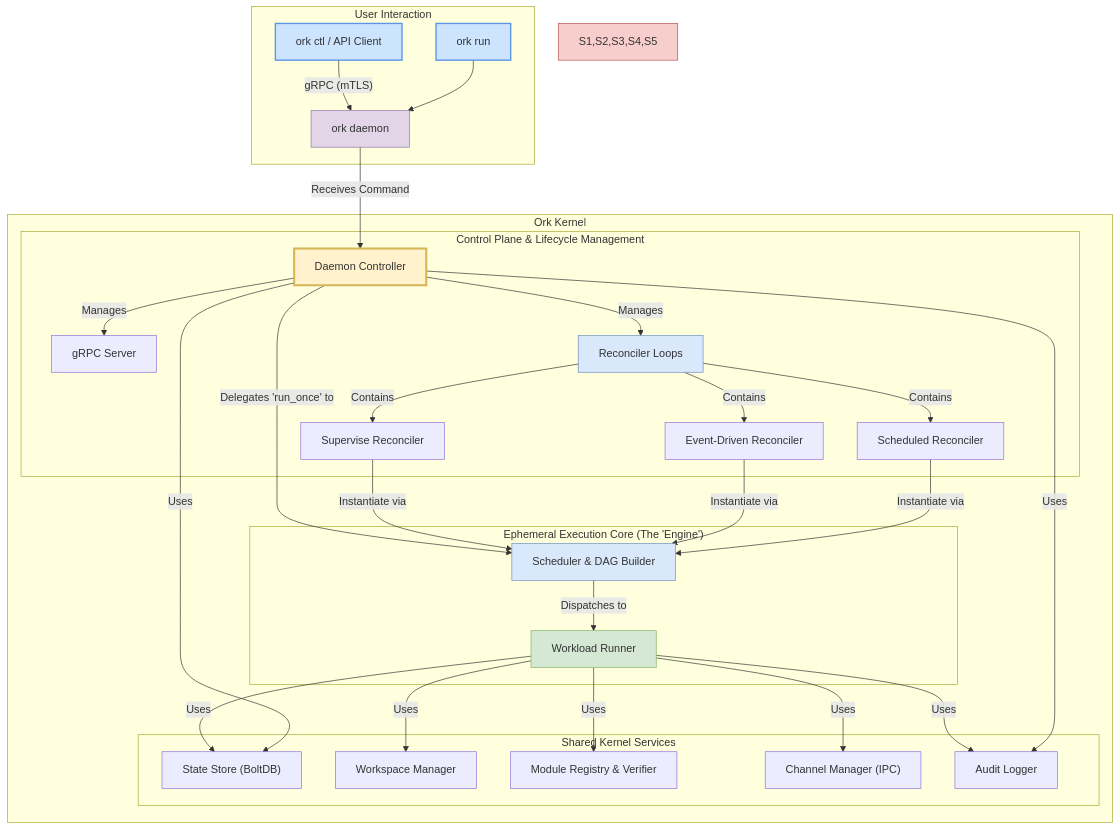
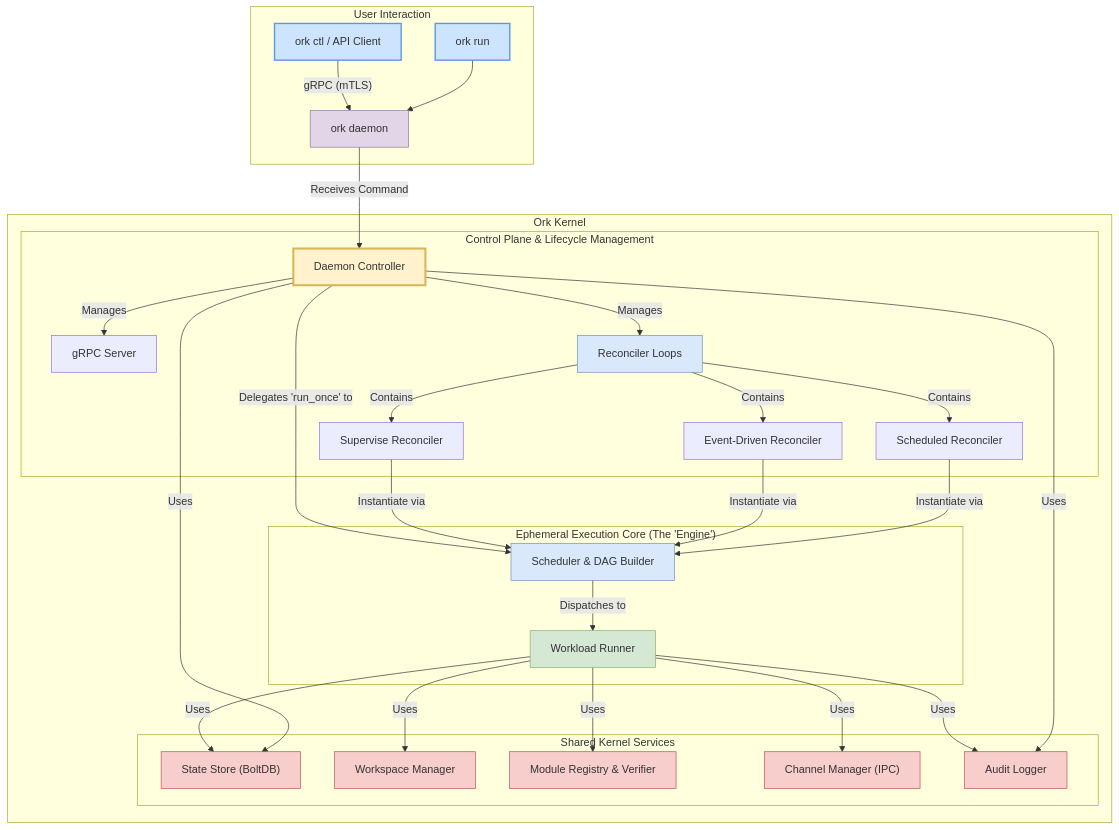
Before and after one commit to ork-labs/ork: the first of 5 diagrams in docs/Ork Architecture Design.md, drawn with Mermaid. The commit also changed other lines of this file, not shown here.

Commit message:
Update Ork Architecture Design.md

````diff
--- a/docs/Ork Architecture Design.md
+++ b/docs/Ork Architecture Design.md
@@ -79,54 +79,65 @@
 ```mermaid
 graph TD
     subgraph "User Interaction"
         A["ork ctl / API Client"] -- "gRPC (mTLS)" --> B[ork daemon];
         CLI["ork run"] --> B;
     end
 
     subgraph "Ork Kernel"
         B -- "Receives Command" --> C["Daemon Controller"];
 
         subgraph "Control Plane & Lifecycle Management"
             D["gRPC Server"];
             E["Reconciler Loops"];
             F["Supervise Reconciler"];
             G["Event-Driven Reconciler"];
             H["Scheduled Reconciler"];
 
             C -- "Manages" --> D;
             C -- "Manages" --> E;
             E -- "Contains" --> F;
             E -- "Contains" --> G;
             E -- "Contains" --> H;
         end
 
         subgraph "Ephemeral Execution Core (The 'Engine')"
             I["Scheduler & DAG Builder"];
             J["Workload Runner"];
             
             C -- "Delegates 'run_once' to" --> I;
             F & G & H -- "Instantiate via" --> I;
             I -- "Dispatches to" --> J;
         end
 
         subgraph "Shared Kernel Services"
             S1["State Store (BoltDB)"];
             S2["Workspace Manager"];
             S3["Module Registry & Verifier"];
             S4["Channel Manager (IPC)"];
             S5["Audit Logger"];
         end
 
-        J -- "Uses" --> S1 & S2 & S3 & S4 & S5;
-        C -- "Uses" --> S1 & S5;
+        %% Explicit Connections to fix rendering
+        J -- "Uses" --> S1;
+        J -- "Uses" --> S2;
+        J -- "Uses" --> S3;
+        J -- "Uses" --> S4;
+        J -- "Uses" --> S5;
+        
+        C -- "Uses" --> S1;
+        C -- "Uses" --> S5;
     end
 
-    style A fill:#cde4ff,stroke:#5a96e6,stroke-width:2px;
-    style CLI fill:#cde4ff,stroke:#5a96e6,stroke-width:2px;
-    style B fill:#e1d5e7,stroke:#9673a6;
-    style C fill:#fff2cc,stroke:#d6b656,stroke-width:3px;
-    style E fill:#dae8fc,stroke:#6c8ebf;
-    style I fill:#dae8fc,stroke:#6c8ebf;
-    style J fill:#d5e8d4,stroke:#82b366;
-    style S1,S2,S3,S4,S5 fill:#f8cecc,stroke:#b85450;
+    %% Styling Definitions
+    style A fill:#cde4ff,stroke:#5a96e6,stroke-width:2px,color:#333;
+    style CLI fill:#cde4ff,stroke:#5a96e6,stroke-width:2px,color:#333;
+    style B fill:#e1d5e7,stroke:#9673a6,color:#333;
+    style C fill:#fff2cc,stroke:#d6b656,stroke-width:3px,color:#333;
+    style E fill:#dae8fc,stroke:#6c8ebf,color:#333;
+    style I fill:#dae8fc,stroke:#6c8ebf,color:#333;
+    style J fill:#d5e8d4,stroke:#82b366,color:#333;
+
+    %% Class-based styling for Shared Services
+    classDef sharedServiceStyle fill:#f8cecc,stroke:#b85450,color:#333;
+    class S1,S2,S3,S4,S5 sharedServiceStyle;
 ```
````
